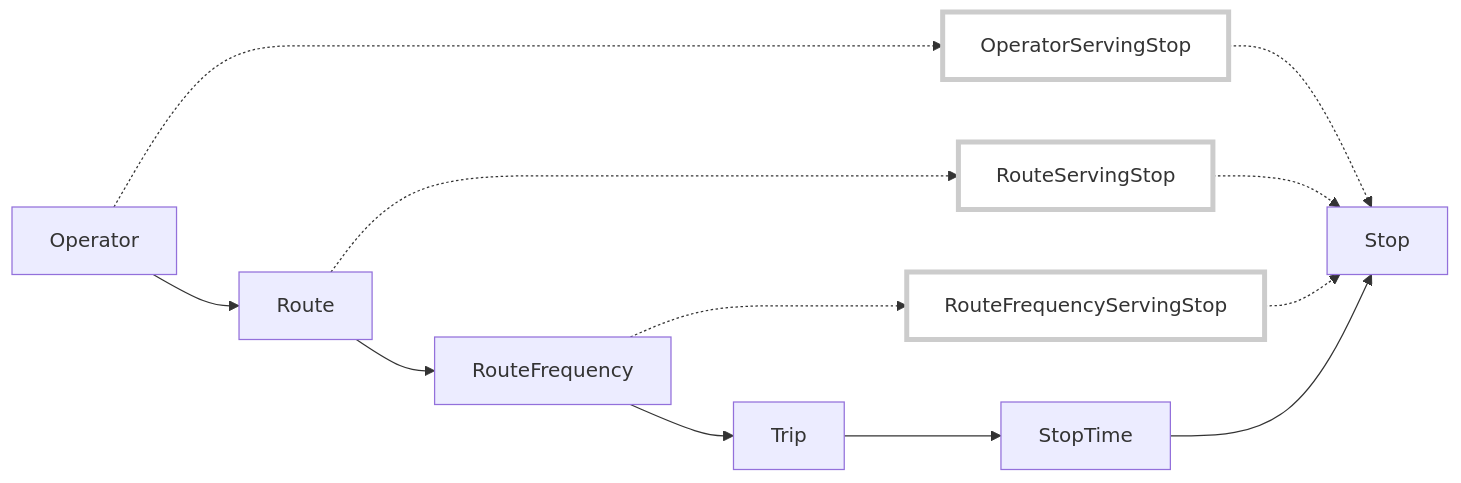
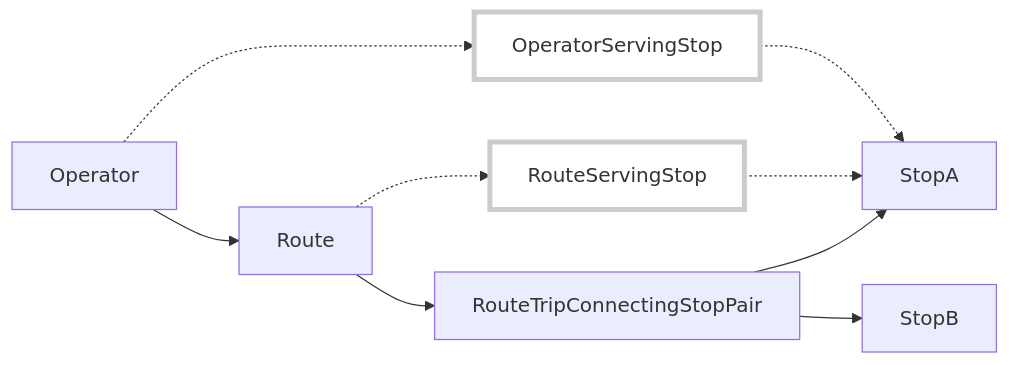
One commit to transitland/transitland-datastore changed the fourth of 4 diagrams in doc/operator-route-stop-relationships.md. Above: the diagram before and after it, drawn with Mermaid. The commit also changed other lines of this file, not shown here.

```diff
--- a/doc/operator-route-stop-relationships.md
+++ b/doc/operator-route-stop-relationships.md
@@ -162,16 +216,13 @@
 <div class="mermaid">
   graph LR
     Operator-.->OperatorServingStop
-    OperatorServingStop-.->Stop
+    OperatorServingStop-.->StopA
     Operator-->Route
     Route-.->RouteServingStop
-    RouteServingStop-.->Stop
-    Route-->RouteFrequency
-    RouteFrequency-.->RouteFrequencyServingStop
-    RouteFrequencyServingStop-.->Stop
-    RouteFrequency-->Trip
-    Trip-->StopTime
-    StopTime-->Stop
+    RouteServingStop-.->StopA
+    Route-->RouteTripConnectingStopPair
+    RouteTripConnectingStopPair--> StopA
+    RouteTripConnectingStopPair--> StopB
     classDef outOfFocus fill:#fff,stroke:#ccc,stroke-width:4px
-    class OperatorServingStop,RouteServingStop,RouteFrequencyServingStop outOfFocus
+    class OperatorServingStop,RouteServingStop outOfFocus
 </div>
```
